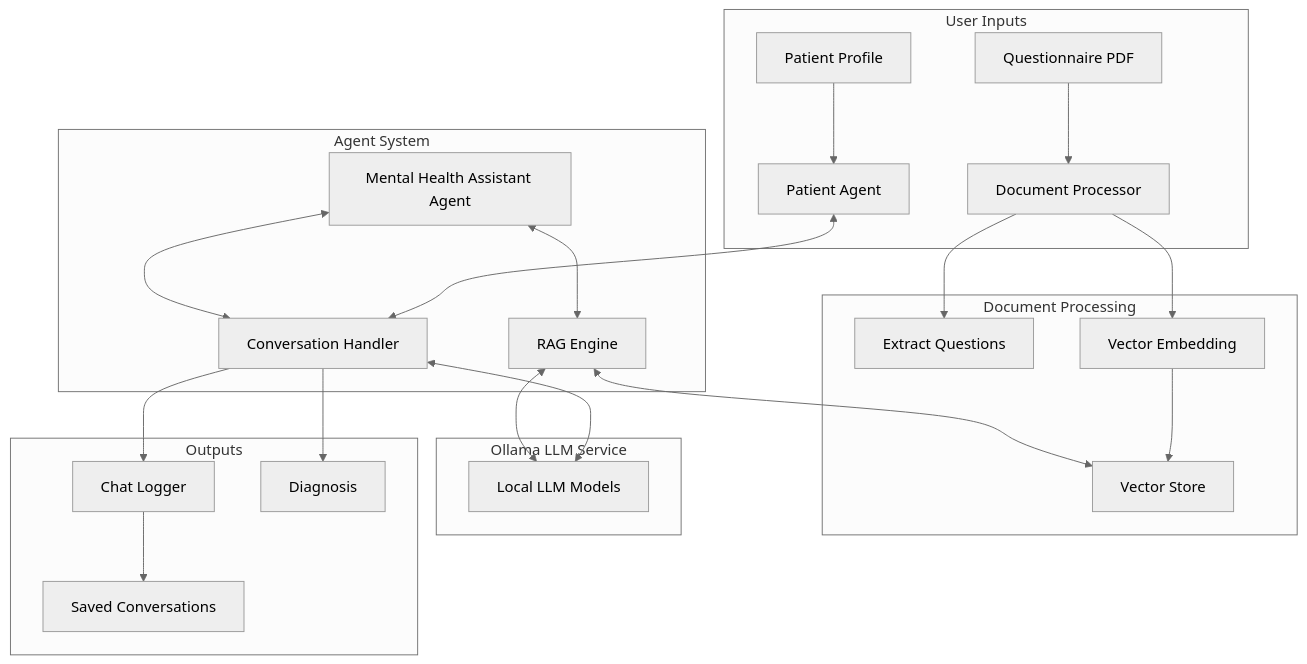
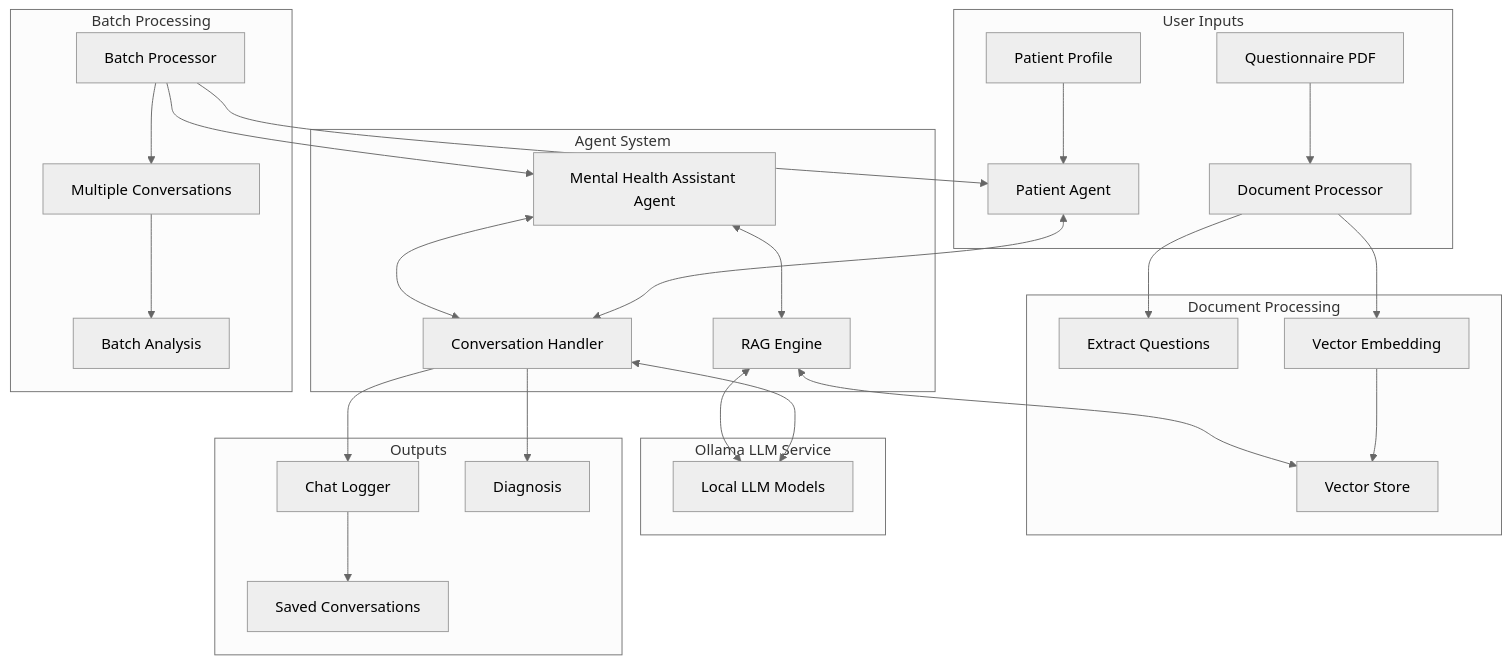
Before and after one commit to mithatco/mental_health_multiagent: the diagram in README.md, drawn with Mermaid (neutral theme). The commit also changed other lines of this file and 3 other files, not shown here.

Commit message:
added batch processing

````diff
--- a/README.md
+++ b/README.md
@@ -29,31 +34,38 @@
 ```mermaid
 graph TD
     subgraph "User Inputs"
         A[Questionnaire PDF] --> D
         B[Patient Profile] --> E
     end
 
     subgraph "Document Processing"
         D[Document Processor] --> D1[Extract Questions]
         D[Document Processor] --> D2[Vector Embedding]
         D2 --> V[Vector Store]
     end
 
     subgraph "Agent System"
         E[Patient Agent] <--> F[Conversation Handler]
         G[Mental Health Assistant Agent] <--> F
         G <--> R[RAG Engine]
         R <--> V
     end
 
     subgraph "Ollama LLM Service"
         F <--> O[Local LLM Models]
         R <--> O
     end
 
     subgraph "Outputs"
         F --> L[Chat Logger]
         F --> I[Diagnosis]
         L --> S[Saved Conversations]
     end
+
+    subgraph "Batch Processing"
+        BP[Batch Processor] --> E
+        BP --> G
+        BP --> M[Multiple Conversations]
+        M --> BA[Batch Analysis]
+    end
 ```
````
